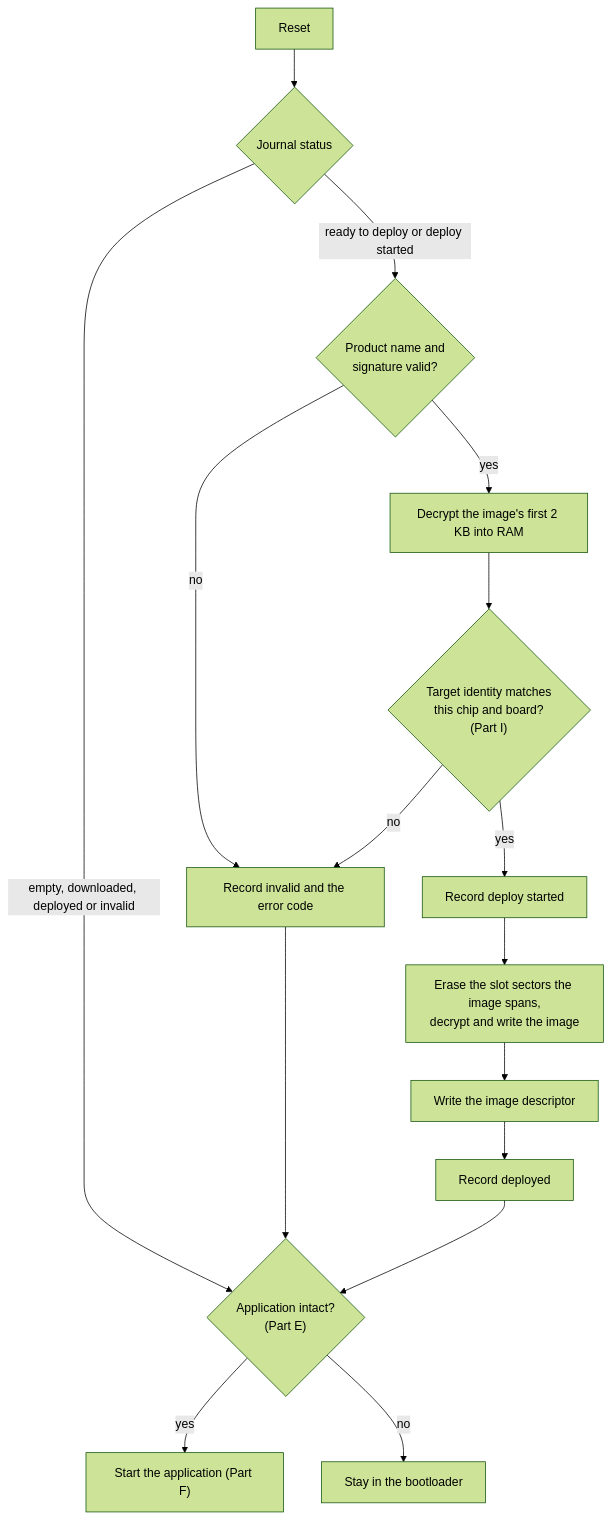
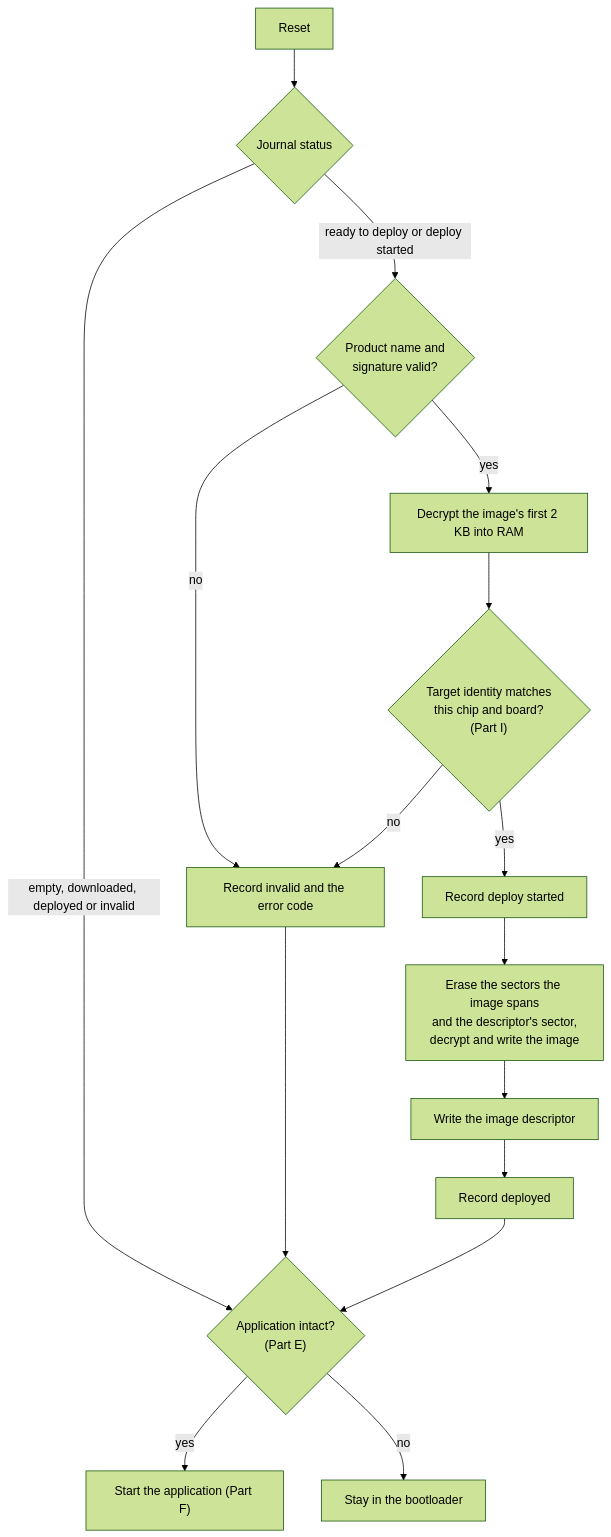
One commit to embedded-pro/e-foc changed the first of 3 diagrams in documentation/design/bootloader.md. Above: the diagram before and after it, drawn with Mermaid (forest theme). The commit also changed other lines of this file and 3 other files, not shown here.

````diff
--- a/documentation/design/bootloader.md
+++ b/documentation/design/bootloader.md
@@ -138,18 +138,18 @@
 ```mermaid
 flowchart TD
     Reset["Reset"] --> Journal{"Journal status"}
     Journal -- "ready to deploy or deploy started" --> Check{"Product name and<br/>signature valid?"}
     Journal -- "empty, downloaded, deployed or invalid" --> App
     Check -- no --> Invalid["Record invalid and the error code"]
     Invalid --> App
     Check -- yes --> Peek["Decrypt the image's first 2 KB into RAM"]
     Peek --> Target{"Target identity matches<br/>this chip and board?<br/>(Part I)"}
     Target -- no --> Invalid
     Target -- yes --> Started["Record deploy started"]
-    Started --> Copy["Erase the slot sectors the image spans,<br/>decrypt and write the image"]
+    Started --> Copy["Erase the sectors the image spans<br/>and the descriptor's sector,<br/>decrypt and write the image"]
     Copy --> Descriptor["Write the image descriptor"]
     Descriptor --> Deployed["Record deployed"]
     Deployed --> App{"Application intact?<br/>(Part E)"}
     App -- yes --> Start["Start the application (Part F)"]
     App -- no --> Halt["Stay in the bootloader"]
 ```
````
